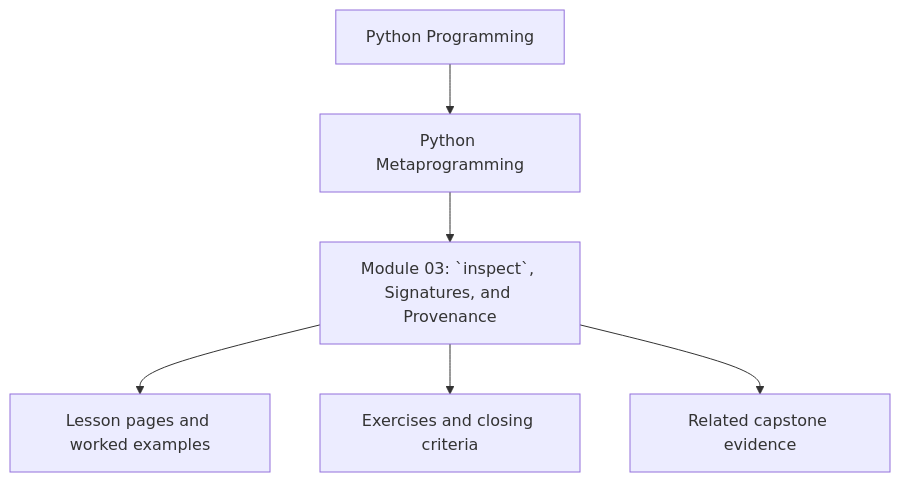
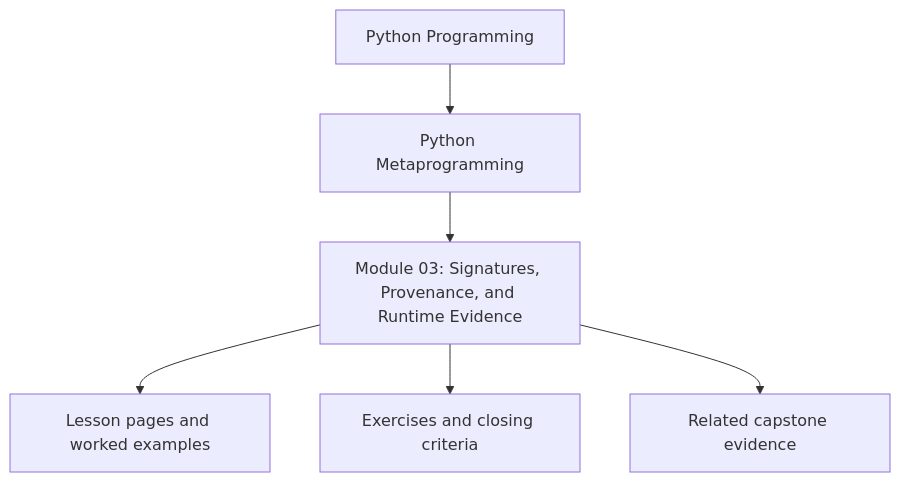
Before and after one commit to bijux/bijux-masterclass: the first of 7 diagrams in programs/python-programming/python-meta-programming/course-book/module-03-inspect-signatures-and-provenance/index.md, drawn with Mermaid. The commit also changed other lines of this file and 241 other files, not shown here.

````diff
--- a/programs/python-programming/python-meta-programming/course-book/module-03-inspect-signatures-and-provenance/index.md
+++ b/programs/python-programming/python-meta-programming/course-book/module-03-inspect-signatures-and-provenance/index.md
@@ -8,8 +8,8 @@
 ```mermaid
 flowchart TD
   family["Python Programming"] --> program["Python Metaprogramming"]
-  program --> module["Module 03: `inspect`, Signatures, and Provenance"]
+  program --> module["Module 03: Signatures, Provenance, and Runtime Evidence"]
   module --> lessons["Lesson pages and worked examples"]
   module --> checkpoints["Exercises and closing criteria"]
   module --> capstone["Related capstone evidence"]
 ```
````
